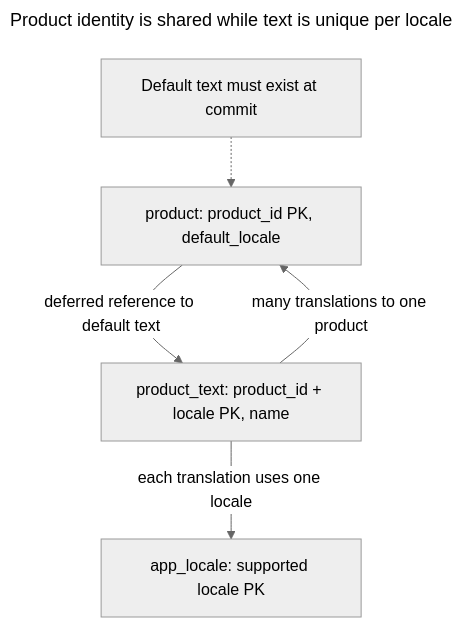
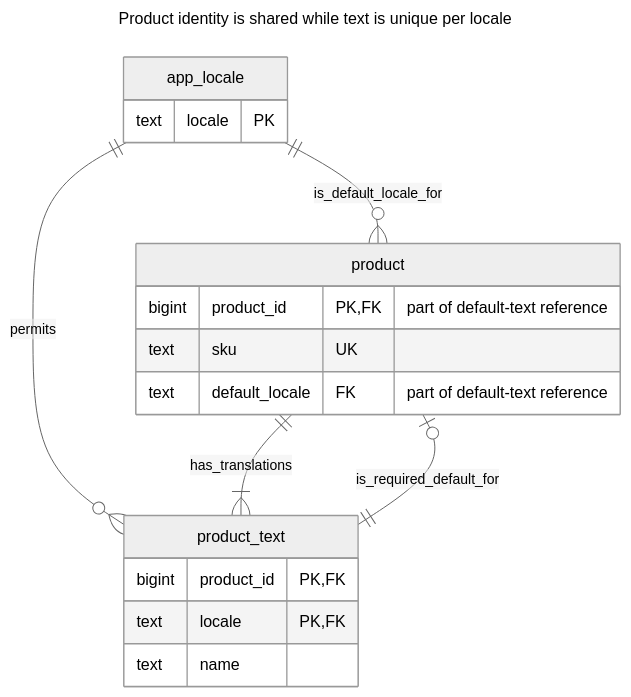
Before and after one commit to mokevnin/database-design-patterns: the first of 4 diagrams in book/en/localized-values.md, drawn with Mermaid (neutral theme). The commit also changed other lines of this file and 13 other files, not shown here.

First line of the commit message:
docs: add ER and other diagrams to the first fourteen chapters

````diff
--- a/book/en/localized-values.md
+++ b/book/en/localized-values.md
@@ -45,14 +45,25 @@
 ```mermaid
 ---
 title: Product identity is shared while text is unique per locale
 ---
-flowchart TB
-  product["product: product_id PK, default_locale"]:::accent
-  text["product_text: product_id + locale PK, name"]:::accent
-  locales["app_locale: supported locale PK"]:::muted
-  required["Default text must exist at commit"]:::warn
-  text -->|many translations to one product| product
-  text -->|each translation uses one locale| locales
-  product -->|deferred reference to default text| text
-  required -.-> product
+erDiagram
+  product ||--|{ product_text : has_translations
+  app_locale ||--o{ product_text : permits
+  app_locale ||--o{ product : is_default_locale_for
+  product_text ||--o| product : is_required_default_for
+  app_locale {
+    text locale PK
+  }
+  product {
+    bigint product_id PK, FK "part of default-text reference"
+    text sku UK
+    text default_locale FK "part of default-text reference"
+  }
+  product_text {
+    bigint product_id PK, FK
+    text locale PK, FK
+    text name
+  }
+  class product,product_text accent
+  class app_locale muted
 ```
````
